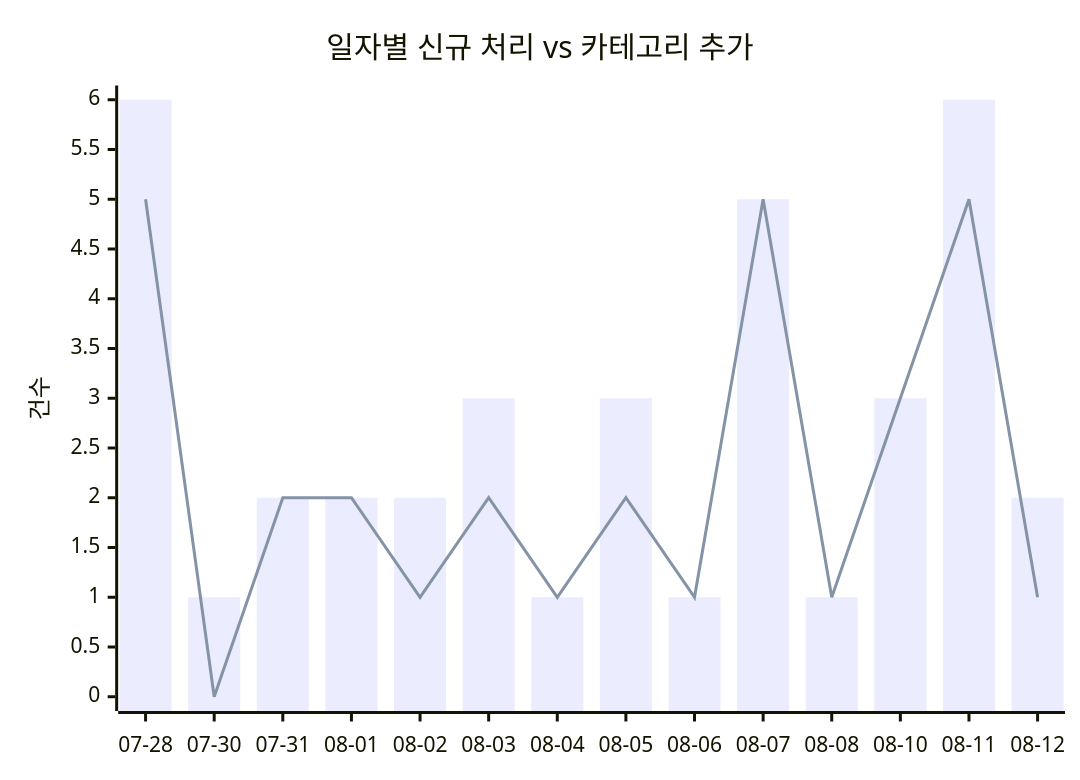
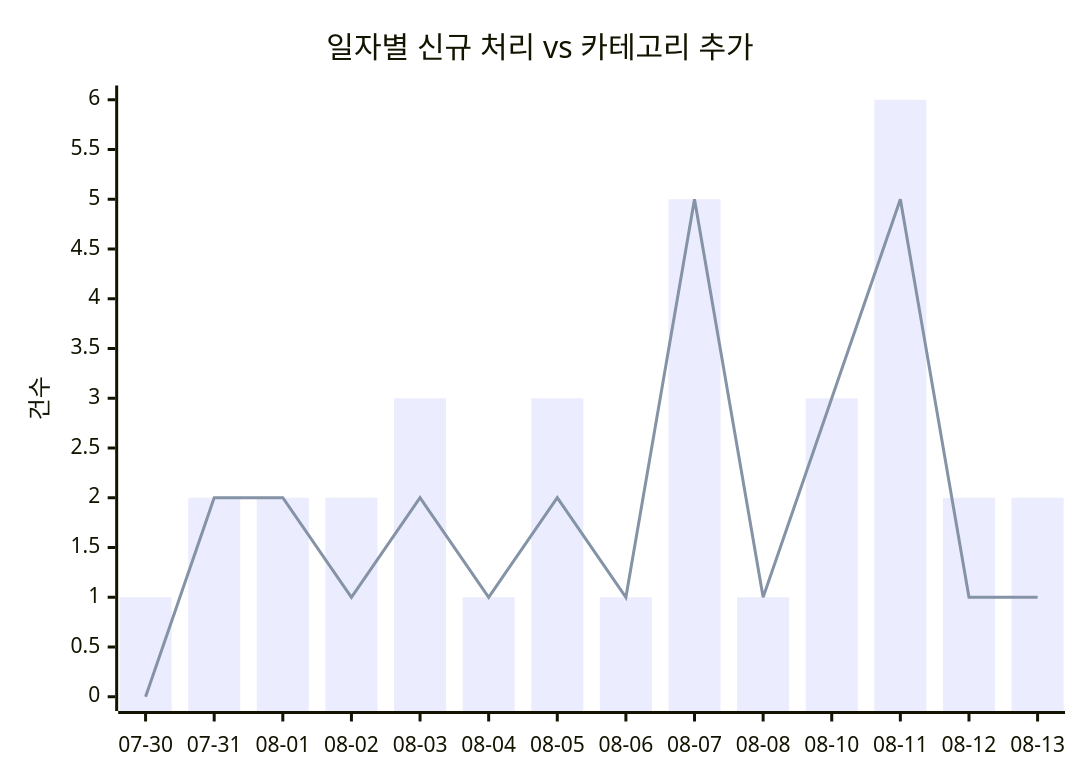
Before and after one commit to J-nowcow/awesome-korean-agent-skills: the first of 2 diagrams in docs/trends.md, drawn with Mermaid. The commit also changed other lines of this file and 3 other files, not shown here.

````diff
--- a/docs/trends.md
+++ b/docs/trends.md
@@ -32,8 +32,8 @@
 ```mermaid
 xychart-beta
     title "일자별 신규 처리 vs 카테고리 추가"
-    x-axis ["07-28","07-30","07-31","08-01","08-02","08-03","08-04","08-05","08-06","08-07","08-08","08-10","08-11","08-12"]
+    x-axis ["07-30","07-31","08-01","08-02","08-03","08-04","08-05","08-06","08-07","08-08","08-10","08-11","08-12","08-13"]
     y-axis "건수"
-    bar [6,1,2,2,2,3,1,3,1,5,1,3,6,2]
-    line [5,0,2,2,1,2,1,2,1,5,1,3,5,1]
+    bar [1,2,2,2,3,1,3,1,5,1,3,6,2,2]
+    line [0,2,2,1,2,1,2,1,5,1,3,5,1,1]
 ```
````
